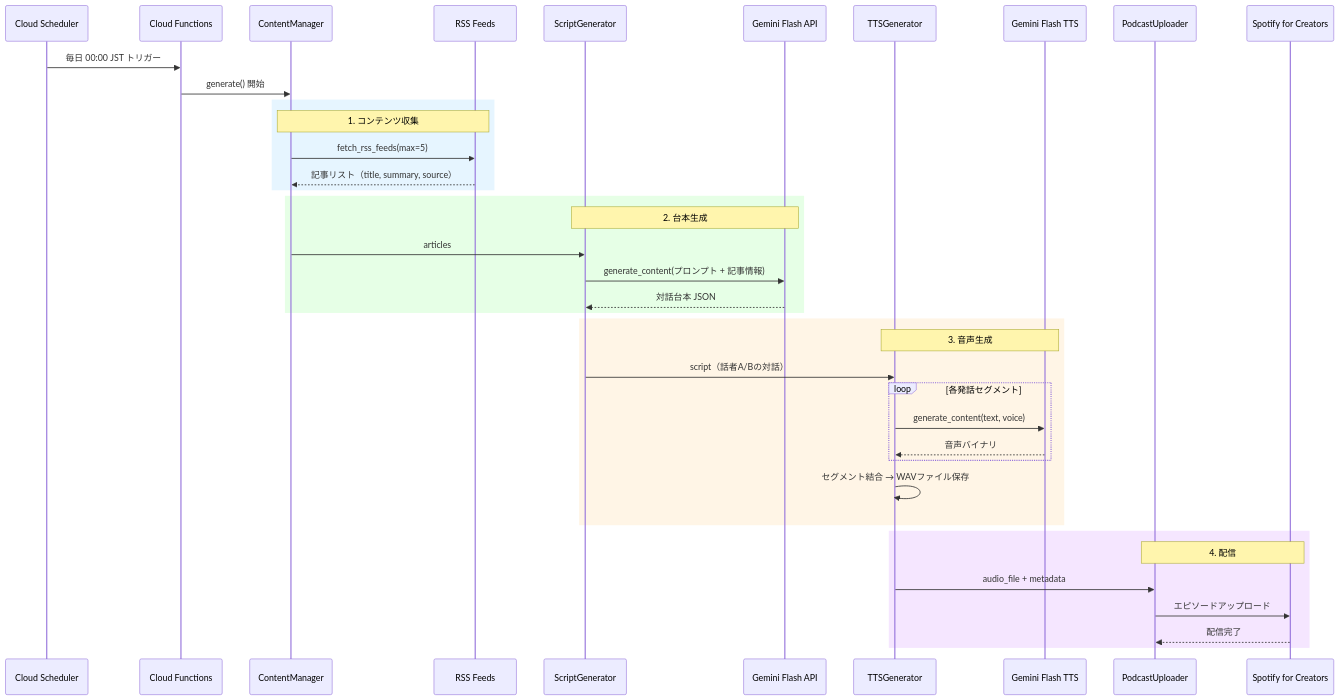
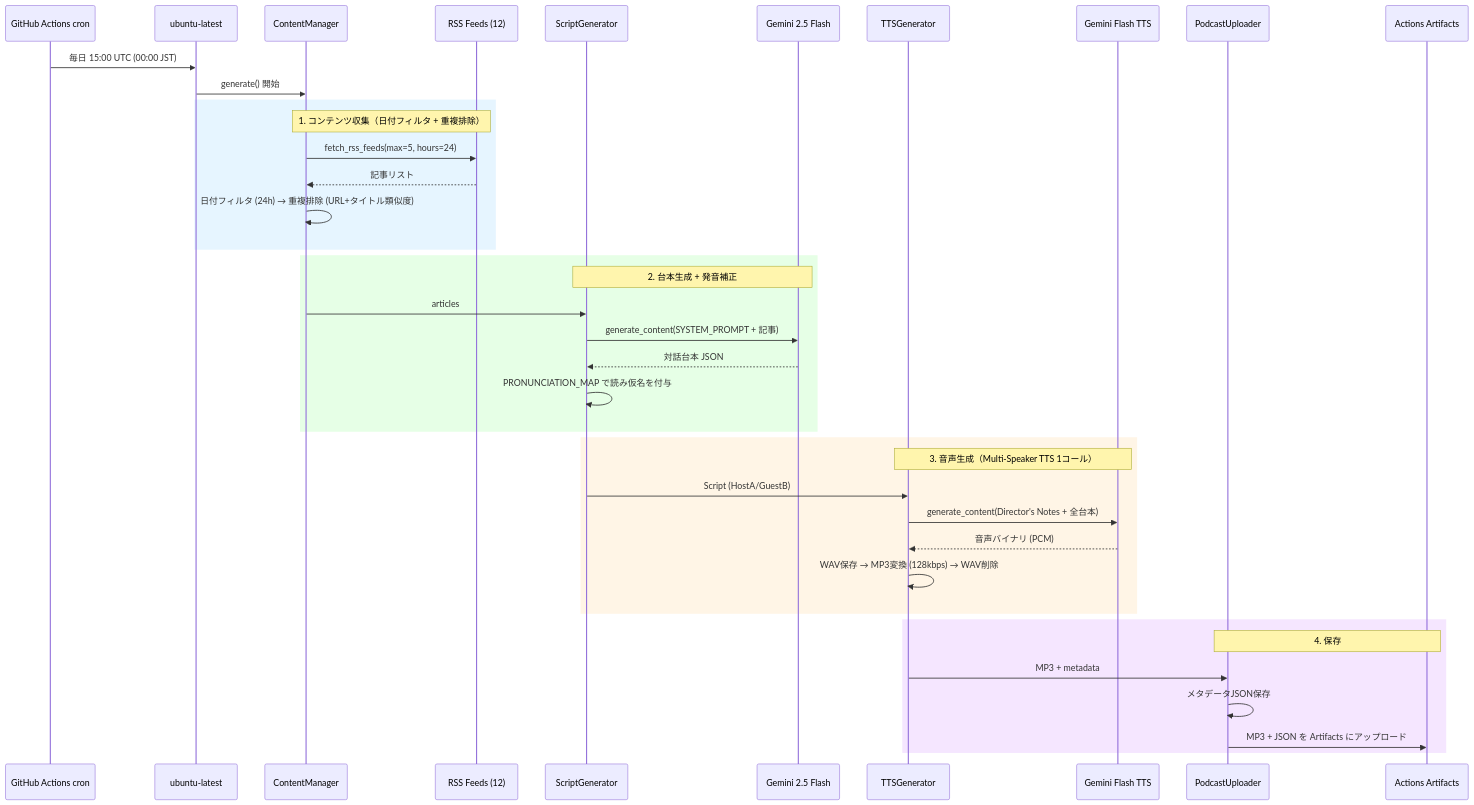
Before and after one commit to necoha/auto-podcast: the third of 4 diagrams in docs/HLD.md, drawn with Mermaid. The commit also changed other lines of this file and 2 other files, not shown here.

First line of the commit message:
feat: GitHub Actions自動実行 + ドキュメント全面更新 (#4, #6)

````diff
--- a/docs/HLD.md
+++ b/docs/HLD.md
@@ -96,46 +97,46 @@
 ```mermaid
 sequenceDiagram
-    participant Cron as Cloud Scheduler
-    participant CF as Cloud Functions
+    participant Cron as GitHub Actions cron
+    participant Runner as ubuntu-latest
     participant CM as ContentManager
-    participant RSS as RSS Feeds
+    participant RSS as RSS Feeds (12)
     participant SG as ScriptGenerator
-    participant Gemini as Gemini Flash API
+    participant Gemini as Gemini 2.5 Flash
     participant TTS as TTSGenerator
     participant GTTS as Gemini Flash TTS
     participant UP as PodcastUploader
-    participant Spotify as Spotify for Creators
+    participant Art as Actions Artifacts
 
-    Cron->>CF: 毎日 00:00 JST トリガー
-    CF->>CM: generate() 開始
+    Cron->>Runner: 毎日 15:00 UTC (00:00 JST)
+    Runner->>CM: generate() 開始
 
     rect rgb(230, 245, 255)
-        Note over CM,RSS: 1. コンテンツ収集
-        CM->>RSS: fetch_rss_feeds(max=5)
-        RSS-->>CM: 記事リスト（title, summary, source）
+        Note over CM,RSS: 1. コンテンツ収集（日付フィルタ + 重複排除）
+        CM->>RSS: fetch_rss_feeds(max=5, hours=24)
+        RSS-->>CM: 記事リスト
+        CM->>CM: 日付フィルタ (24h) → 重複排除 (URL+タイトル類似度)
     end
 
     rect rgb(230, 255, 230)
-        Note over SG,Gemini: 2. 台本生成
+        Note over SG,Gemini: 2. 台本生成 + 発音補正
         CM->>SG: articles
-        SG->>Gemini: generate_content(プロンプト + 記事情報)
+        SG->>Gemini: generate_content(SYSTEM_PROMPT + 記事)
         Gemini-->>SG: 対話台本 JSON
+        SG->>SG: PRONUNCIATION_MAP で読み仮名を付与
     end
 
     rect rgb(255, 245, 230)
-        Note over TTS,GTTS: 3. 音声生成
-        SG->>TTS: script（話者A/Bの対話）
-        loop 各発話セグメント
-            TTS->>GTTS: generate_content(text, voice)
-            GTTS-->>TTS: 音声バイナリ
-        end
-        TTS->>TTS: セグメント結合 → WAVファイル保存
+        Note over TTS,GTTS: 3. 音声生成（Multi-Speaker TTS 1コール）
+        SG->>TTS: Script (HostA/GuestB)
+        TTS->>GTTS: generate_content(Director's Notes + 全台本)
+        GTTS-->>TTS: 音声バイナリ (PCM)
+        TTS->>TTS: WAV保存 → MP3変換 (128kbps) → WAV削除
     end
 
     rect rgb(245, 230, 255)
-        Note over UP,Spotify: 4. 配信
-        TTS->>UP: audio_file + metadata
-        UP->>Spotify: エピソードアップロード
-        Spotify-->>UP: 配信完了
+        Note over UP,Art: 4. 保存
+        TTS->>UP: MP3 + metadata
+        UP->>UP: メタデータJSON保存
+        UP->>Art: MP3 + JSON を Artifacts にアップロード
     end
 ```
````
